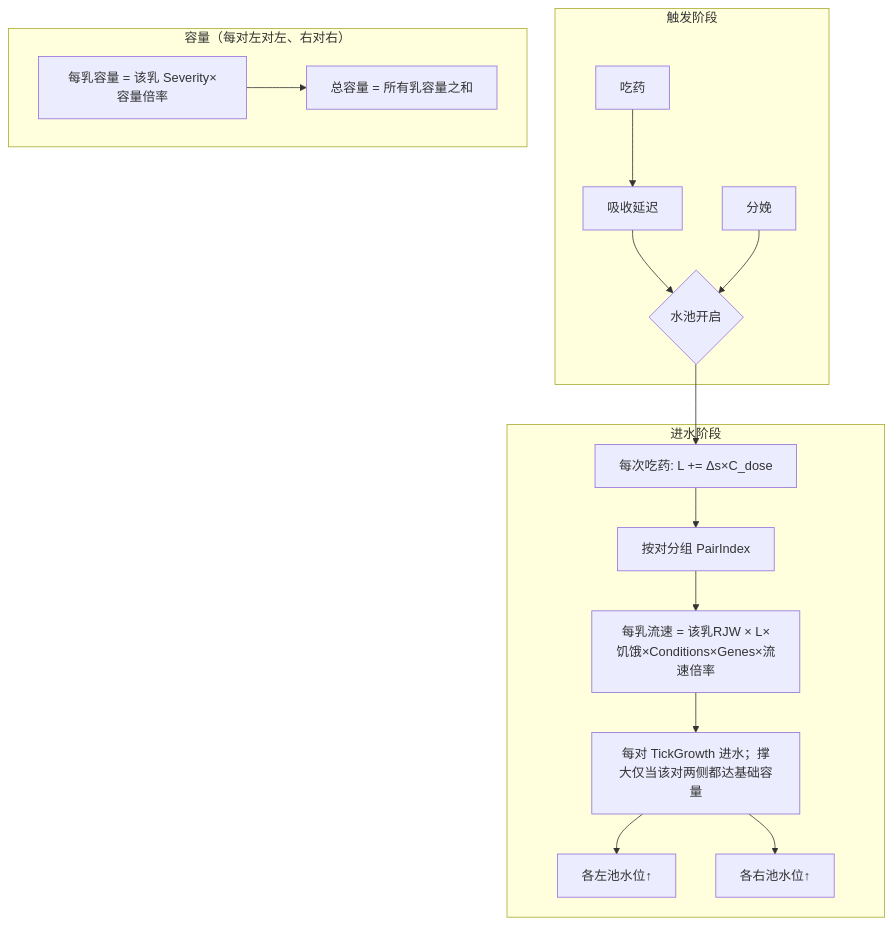
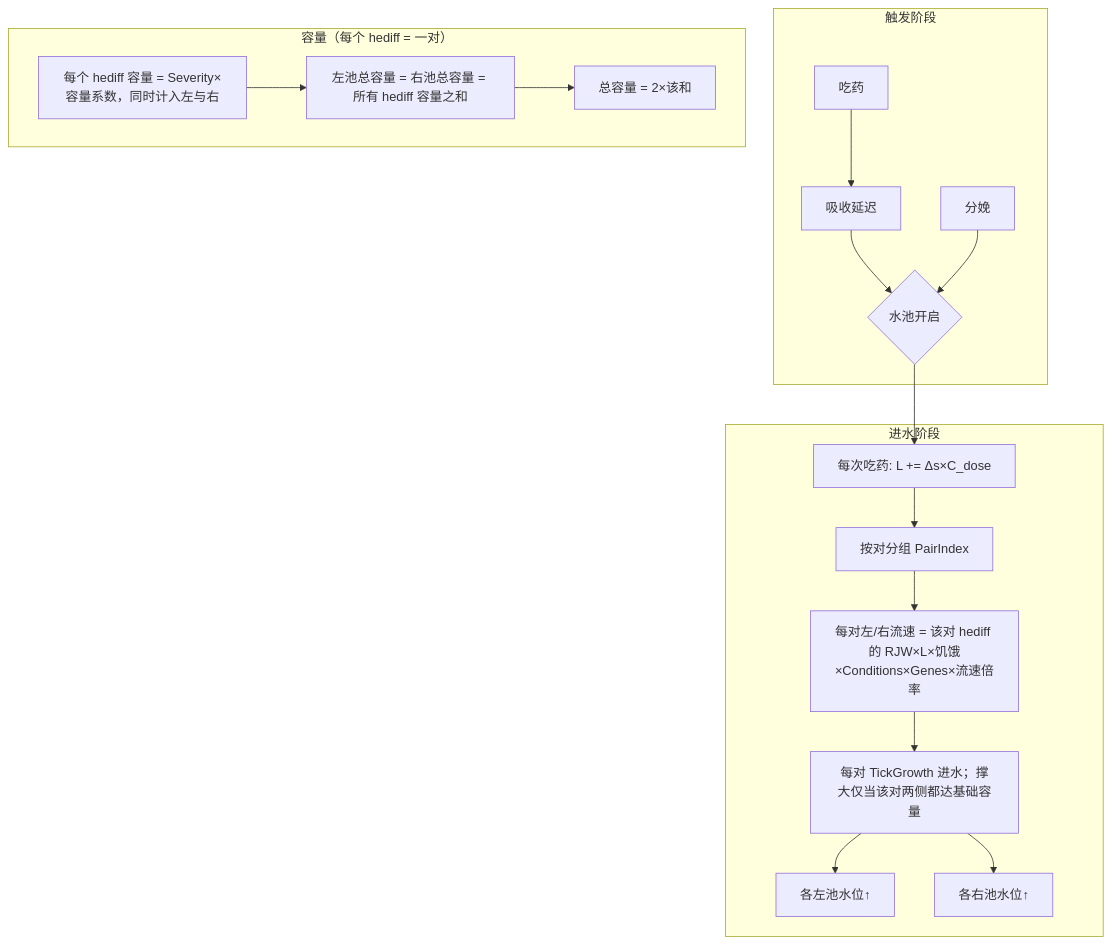
The second of 6 diagrams in Docs/泌乳系统逻辑图.md (q847633684/rjw-cummilk), drawn with Mermaid before and after one commit. The commit also changed other lines of this file and 2 other files, not shown here.

Commit message:
更新乳房系统，添加新功能以支持多对乳房的容量与流速计算，优化相关文档与注释，增强代码兼容性与稳定性。

````diff
--- a/Docs/泌乳系统逻辑图.md
+++ b/Docs/泌乳系统逻辑图.md
@@ -43,23 +43,24 @@
 ```mermaid
 flowchart TB
     subgraph 触发["触发阶段"]
         A[吃药] --> B[吸收延迟]
         B --> C{水池开启}
         D[分娩] --> C
     end
 
     subgraph 进水["进水阶段"]
         C --> E[每次吃药: L += Δs×C_dose]
         E --> F[按对分组 PairIndex]
-        F --> G[每乳流速 = 该乳RJW × L×饥饿×Conditions×Genes×流速倍率]
+        F --> G[每对左/右流速 = 该对 hediff 的 RJW×L×饥饿×Conditions×Genes×流速倍率]
         G --> H[每对 TickGrowth 进水；撑大仅当该对两侧都达基础容量]
         H --> L[各左池水位↑]
         H --> R[各右池水位↑]
     end
 
-    subgraph 容量["容量（每对左对左、右对右）"]
-        I[每乳容量 = 该乳 Severity×容量倍率]
-        J[总容量 = 所有乳容量之和]
-        I --> J
+    subgraph 容量["容量（每个 hediff = 一对）"]
+        I[每个 hediff 容量 = Severity×容量系数，同时计入左与右]
+        J[左池总容量 = 右池总容量 = 所有 hediff 容量之和]
+        K[总容量 = 2×该和]
+        I --> J --> K
     end
 ```
````
